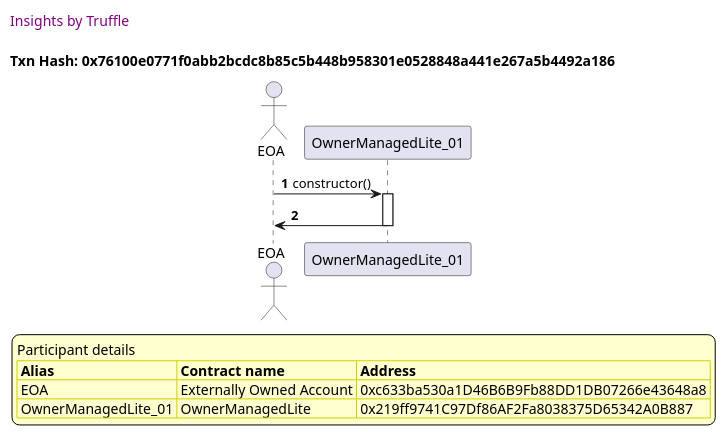
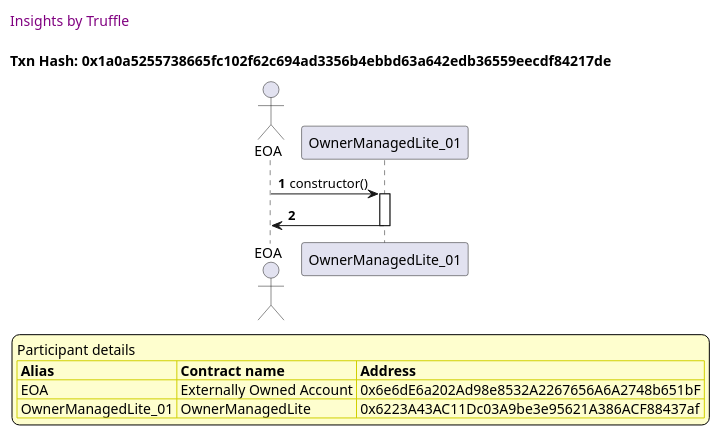
Before and after one commit to thedarkjester/ConsensysAssignment: the fourth of 26 diagrams in truffle-seq/OwnerManagedLite_test_add_owner.md, drawn with PlantUML. The commit also changed other lines of this file and 13 other files, not shown here.

````diff
--- a/truffle-seq/OwnerManagedLite_test_add_owner.md
+++ b/truffle-seq/OwnerManagedLite_test_add_owner.md
@@ -157,37 +157,37 @@
 ```plantuml
 
 
 @startuml
 
 autonumber
 skinparam legendBackgroundColor #FEFECE
 
 <style>
       header {
         HorizontalAlignment left
         FontColor purple
         FontSize 14
         Padding 10
       }
     </style>
 
 header Insights by Truffle
 
-title Txn Hash: 0x76100e0771f0abb2bcdc8b85c5b448b958301e0528848a441e267a5b4492a186
+title Txn Hash: 0x1a0a5255738665fc102f62c694ad3356b4ebbd63a642edb36559eecdf84217de
 
 
 actor EOA as "EOA"
 participant OwnerManagedLite_01 as "OwnerManagedLite_01"
 
 "EOA" -> "OwnerManagedLite_01" ++: constructor()
 "OwnerManagedLite_01" -> "EOA" --: 
 
 legend
 Participant details
 <#FEFECE,#D0D000>|= Alias |= Contract name |= Address |
-<#FEFECE>| EOA | Externally Owned Account | 0xc633ba530a1D46B6B9Fb88DD1DB07266e43648a8 |
-<#FEFECE>| OwnerManagedLite_01 | OwnerManagedLite | 0x219ff9741C97Df86AF2Fa8038375D65342A0B887 |
+<#FEFECE>| EOA | Externally Owned Account | 0x6e6dE6a202Ad98e8532A2267656A6A2748b651bF |
+<#FEFECE>| OwnerManagedLite_01 | OwnerManagedLite | 0x6223A43AC11Dc03A9be3e95621A386ACF88437af |
 endlegend
 
 @enduml
 ```
````
